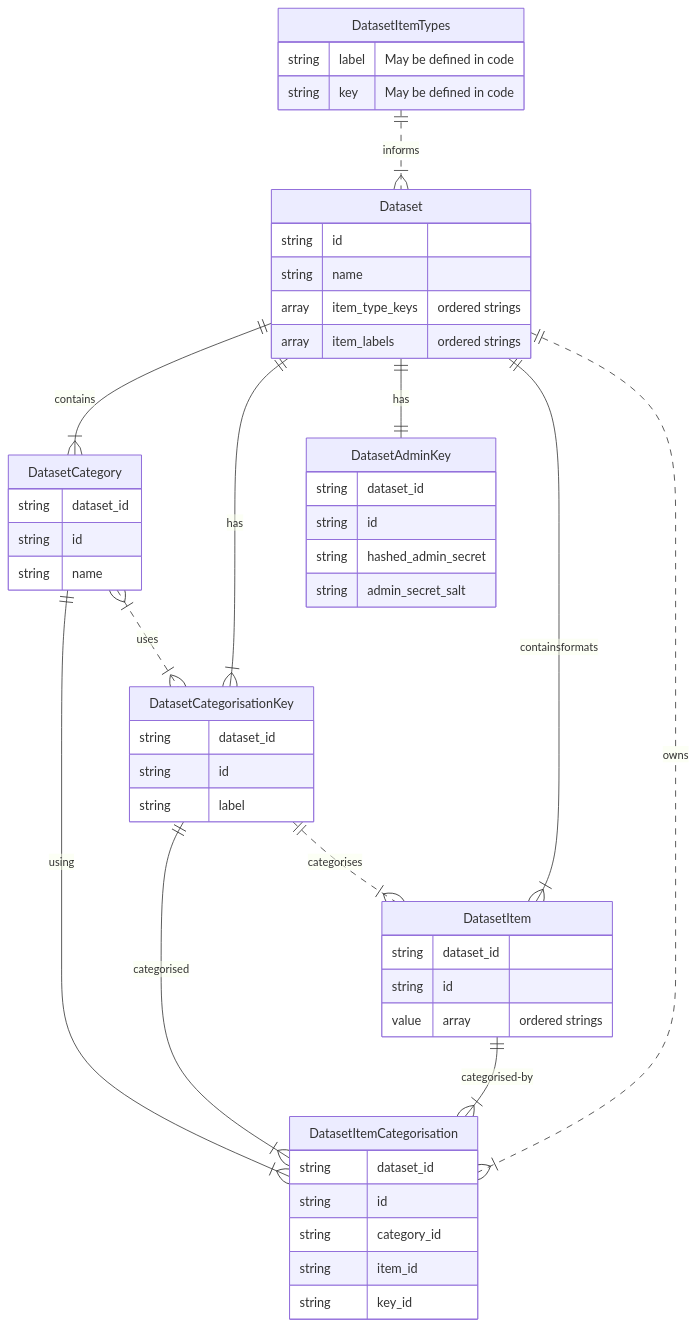
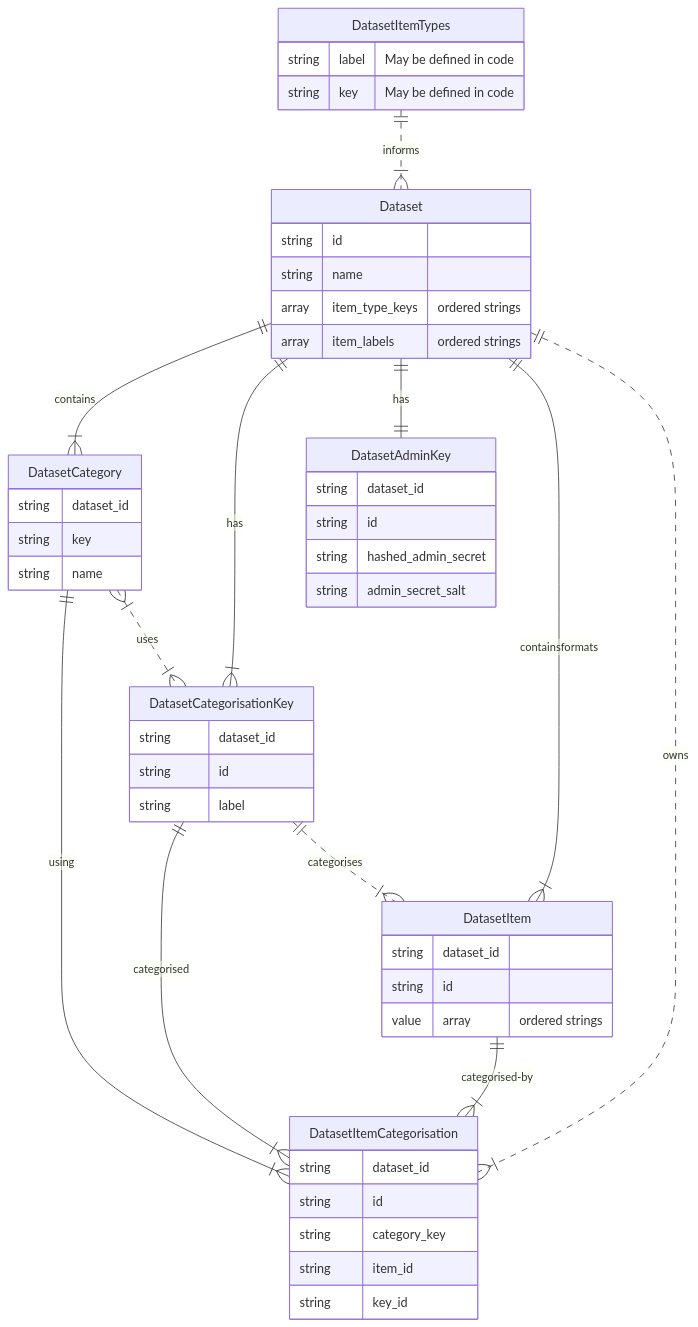
Before and after one commit to LeeMartin77/quickcategory: the diagram in README.md, drawn with Mermaid. The commit also changed 5 other files, not shown here.

````diff
--- a/README.md
+++ b/README.md
@@ -9,52 +9,52 @@
 ```mermaid
 erDiagram
   DatasetItemTypes {
     string label "May be defined in code"
     string key "May be defined in code"
   }
   DatasetAdminKey {
     string dataset_id
     string id
     string hashed_admin_secret
     string admin_secret_salt
   }
   DatasetCategorisationKey {
     string dataset_id
     string id
     string label
   }
   Dataset {
     string id
     string name
     array item_type_keys "ordered strings"
     array item_labels "ordered strings"
   }
   DatasetCategory {
     string dataset_id
-    string id
+    string key
     string name
   }
   DatasetItemCategorisation {
     string dataset_id
     string id
-    string category_id
+    string category_key
     string item_id
     string key_id
   }
   DatasetItem {
     string dataset_id
     string id
     value array "ordered strings"
   }
   Dataset ||--|{ DatasetCategory : contains
   Dataset ||--|{ DatasetCategorisationKey : has
   Dataset ||--|| DatasetAdminKey : has
   Dataset ||--|{ DatasetItem : containsformats
   Dataset ||..|{ DatasetItemCategorisation : owns
   DatasetItem ||--|{ DatasetItemCategorisation : categorised-by
   DatasetCategory ||--|{ DatasetItemCategorisation : using
   DatasetCategorisationKey ||--|{ DatasetItemCategorisation : categorised
   DatasetItemTypes ||..|{ Dataset : informs
   DatasetCategory }|..|{ DatasetCategorisationKey : uses
   DatasetCategorisationKey ||..|{ DatasetItem : categorises
 ```
````
